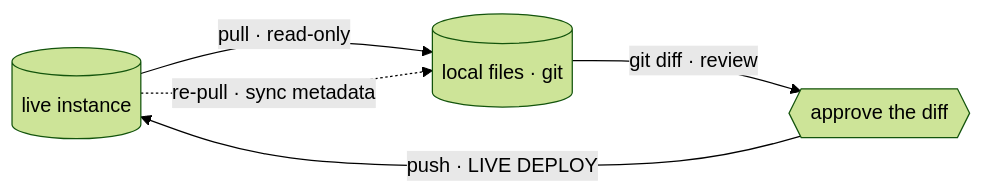
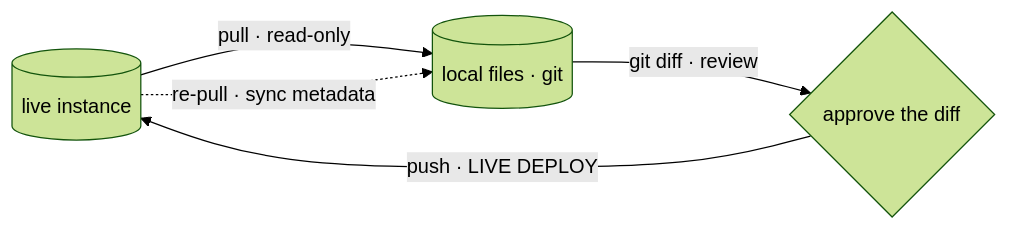
One commit to dannyota/secops changed the diagram in docs/tips/01-secops-as-code.md. Above: the diagram before and after it, drawn with Mermaid (forest theme). The commit also changed 2 other files, not shown here.

Commit message:
docs: fix Mermaid hexagon nodes that Jekyll Liquid strips
The hexagon node shape `id{{"label"}}` collides with Liquid's `{{ }}` output
tag, so Jekyll strips it before the page renders and Mermaid reports a syntax
error on the site (it parses fine on GitHub, which runs no Liquid). Switch the
two affected nodes to the rhombus shape `id{"label"}` (single braces, Liquid-safe)
and document the rule in the style guide.

````diff
--- a/docs/tips/01-secops-as-code.md
+++ b/docs/tips/01-secops-as-code.md
@@ -16,7 +16,7 @@
 ```mermaid
 flowchart LR
   live[("live instance")] -- "pull · read-only" --> files[("local files · git")]
-  files -- "git diff · review" --> review{{"approve the diff"}}
+  files -- "git diff · review" --> review{"approve the diff"}
   review -- "push · LIVE DEPLOY" --> live
   live -. "re-pull · sync metadata" .-> files
 ```
````
